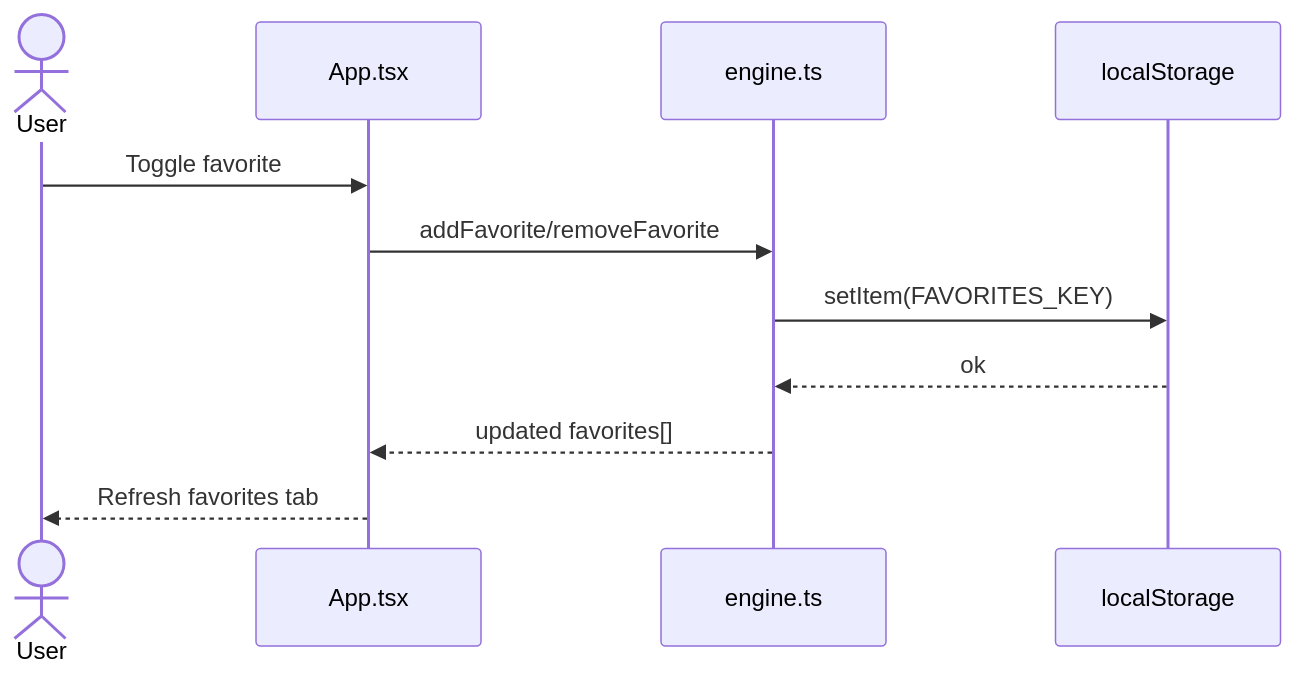
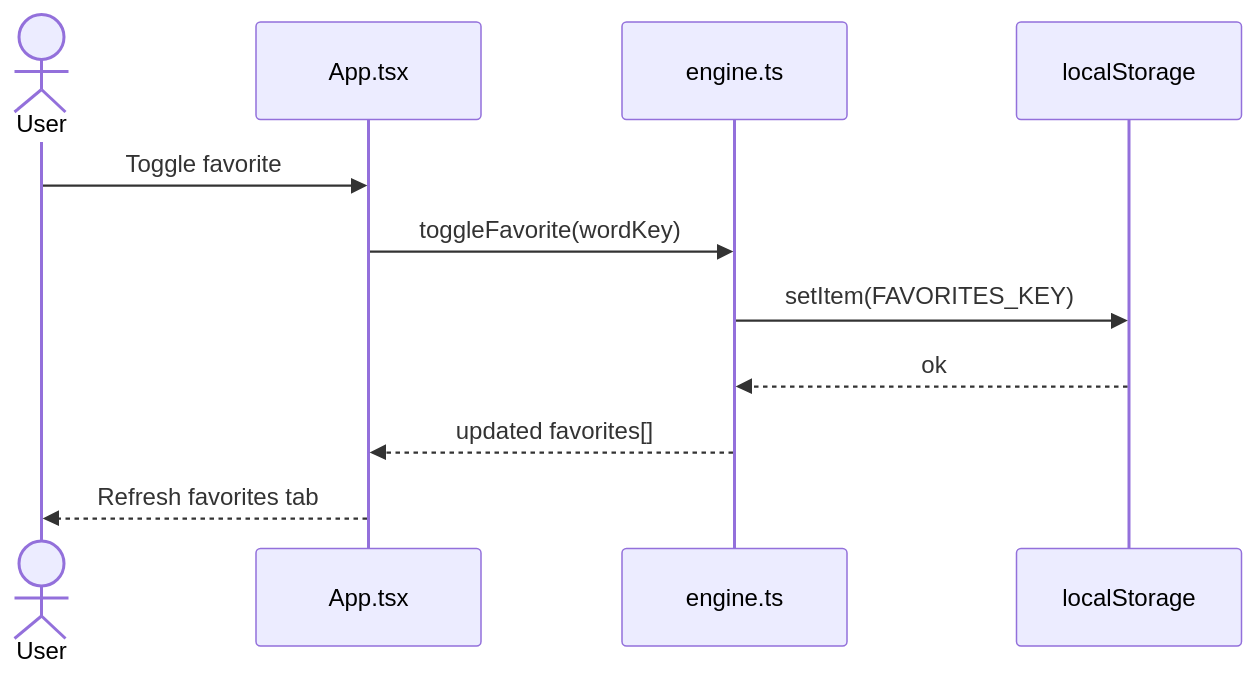
Before and after one commit to 4xrhd/keya_swe_project: the third of 3 diagrams in documentation/5.Sequence_Diagrams.md, drawn with Mermaid. The commit also changed other lines of this file and 8 other files, not shown here.

````diff
--- a/documentation/5.Sequence_Diagrams.md
+++ b/documentation/5.Sequence_Diagrams.md
@@ -48,14 +70,14 @@
 ```mermaid
 sequenceDiagram
     actor User
     participant App as App.tsx
     participant Engine as engine.ts
     participant Storage as localStorage
 
     User->>App: Toggle favorite
-    App->>Engine: addFavorite/removeFavorite
+    App->>Engine: toggleFavorite(wordKey)
     Engine->>Storage: setItem(FAVORITES_KEY)
     Storage-->>Engine: ok
     Engine-->>App: updated favorites[]
     App-->>User: Refresh favorites tab
 ```
````
